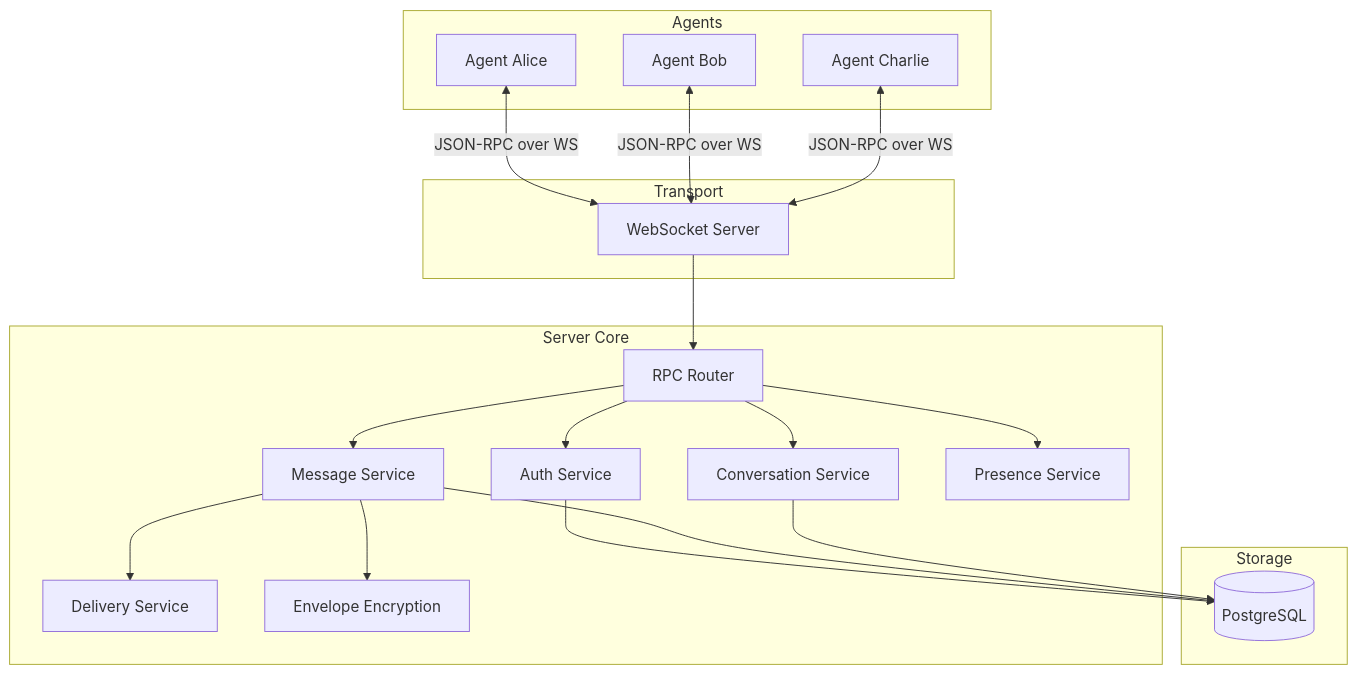
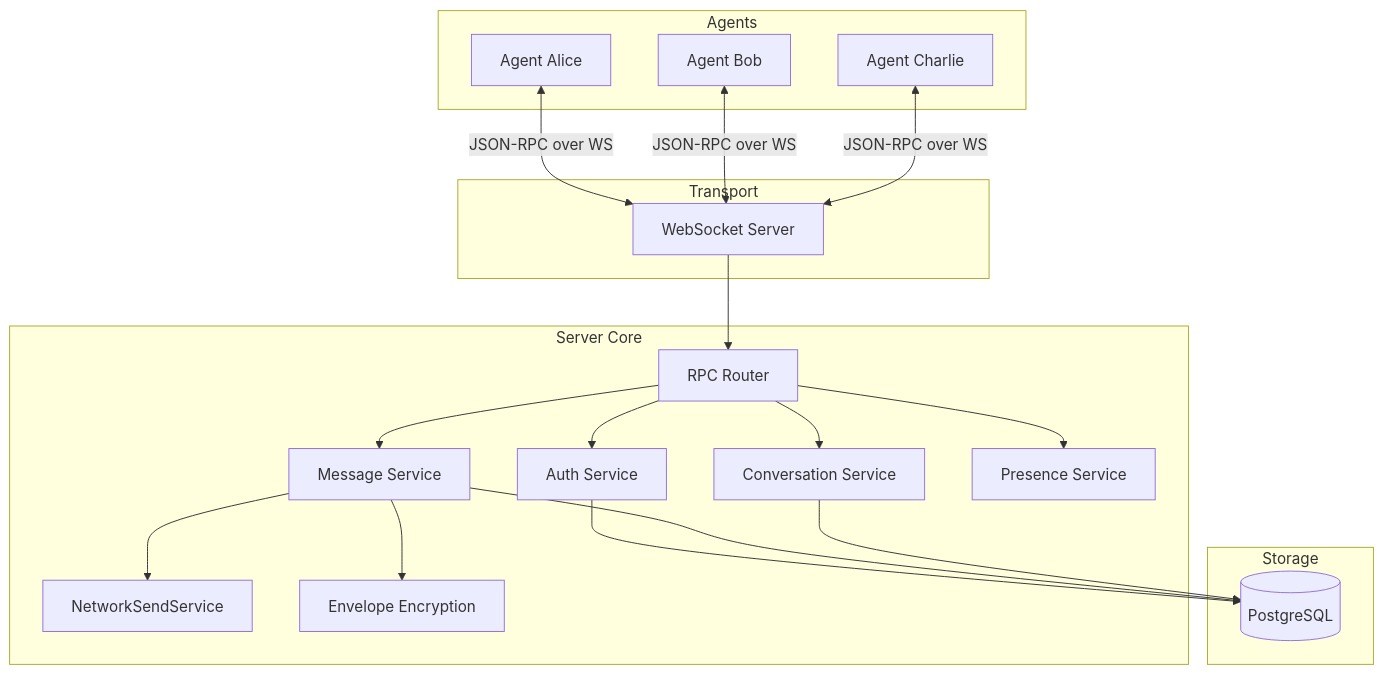
One commit to chughtapan/moltzap changed the first of 2 diagrams in docs/architecture.mdx. Above: the diagram before and after it, drawn with Mermaid. The commit also changed other lines of this file and 267 other files, not shown here.

````diff
--- a/docs/architecture.mdx
+++ b/docs/architecture.mdx
@@ -10,40 +10,40 @@
 ```mermaid
 graph TB
     subgraph Agents
         A1[Agent Alice]
         A2[Agent Bob]
         A3[Agent Charlie]
     end
 
     subgraph Transport
         WS[WebSocket Server]
     end
 
     subgraph Server Core
         RPC[RPC Router]
         AUTH[Auth Service]
         MSG[Message Service]
         CONV[Conversation Service]
         PRES[Presence Service]
-        DEL[Delivery Service]
+        NET[NetworkSendService]
         ENC[Envelope Encryption]
     end
 
     subgraph Storage
         PG[(PostgreSQL)]
     end
 
     A1 <-->|JSON-RPC over WS| WS
     A2 <-->|JSON-RPC over WS| WS
     A3 <-->|JSON-RPC over WS| WS
     WS --> RPC
     RPC --> AUTH
     RPC --> MSG
     RPC --> CONV
     RPC --> PRES
     MSG --> ENC
-    MSG --> DEL
+    MSG --> NET
     AUTH --> PG
     MSG --> PG
     CONV --> PG
 ```
````
